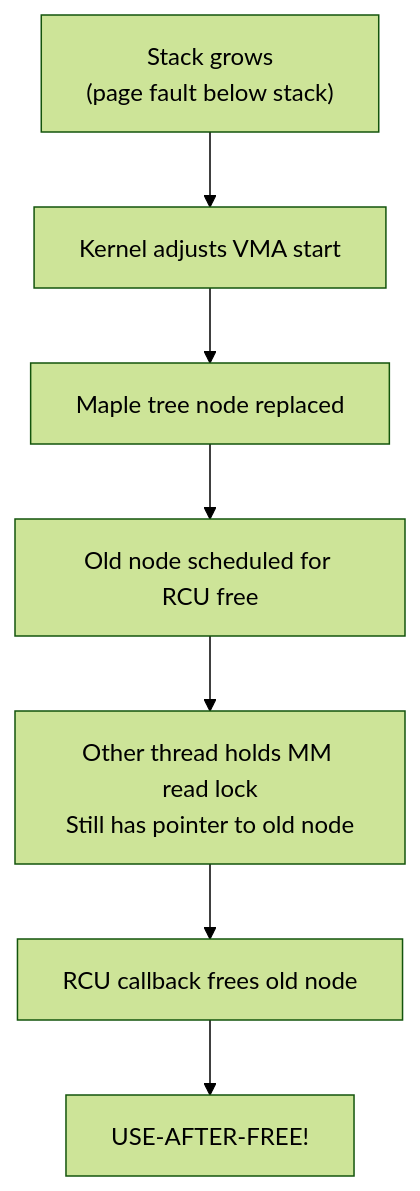
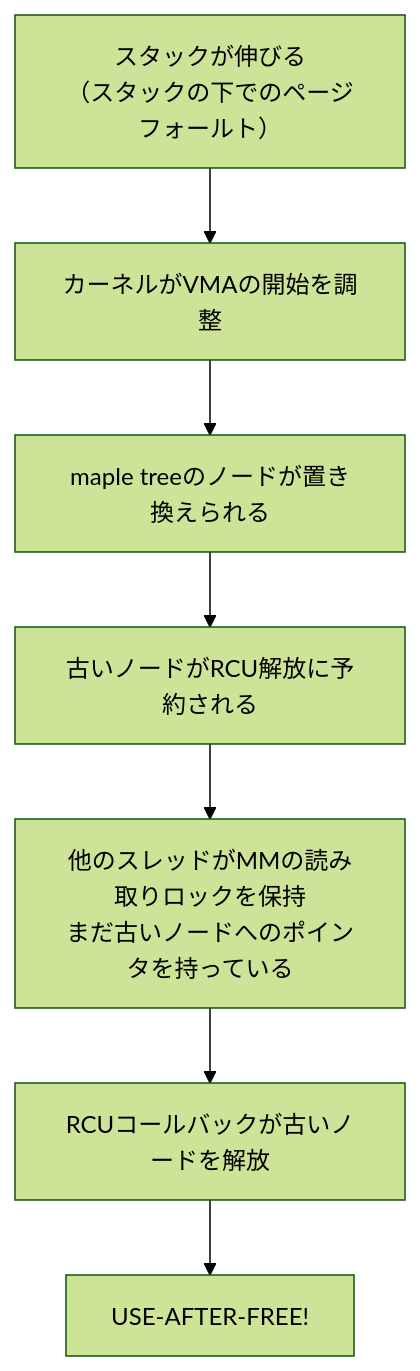
One commit to doguto/linux-kernel-internals-jp changed the ninth of 9 diagrams in docs/mm/fork.md. Above: the diagram before and after it, drawn with Mermaid (forest theme). The commit also changed other lines of this file and 3 other files, not shown here.

````diff
--- a/docs/mm/fork.md
+++ b/docs/mm/fork.md
@@ -727,9 +727,9 @@
 ```mermaid
 flowchart TD
-    A["Stack grows<br/>(page fault below stack)"] --> B["Kernel adjusts VMA start"]
-    B --> C["Maple tree node replaced"]
-    C --> D["Old node scheduled for RCU free"]
-    D --> E["Other thread holds MM read lock<br/>Still has pointer to old node"]
-    E --> F["RCU callback frees old node"]
+    A["スタックが伸びる<br/>（スタックの下でのページフォールト）"] --> B["カーネルがVMAの開始を調整"]
+    B --> C["maple treeのノードが置き換えられる"]
+    C --> D["古いノードがRCU解放に予約される"]
+    D --> E["他のスレッドがMMの読み取りロックを保持<br/>まだ古いノードへのポインタを持っている"]
+    E --> F["RCUコールバックが古いノードを解放"]
     F --> G["USE-AFTER-FREE!"]
 ```
````
